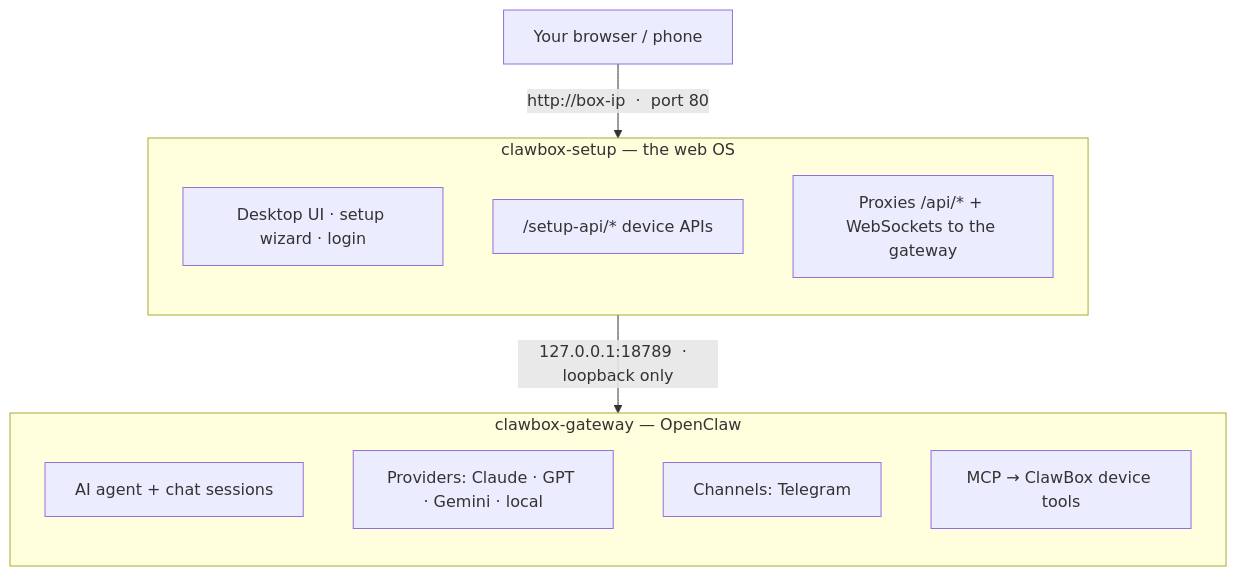
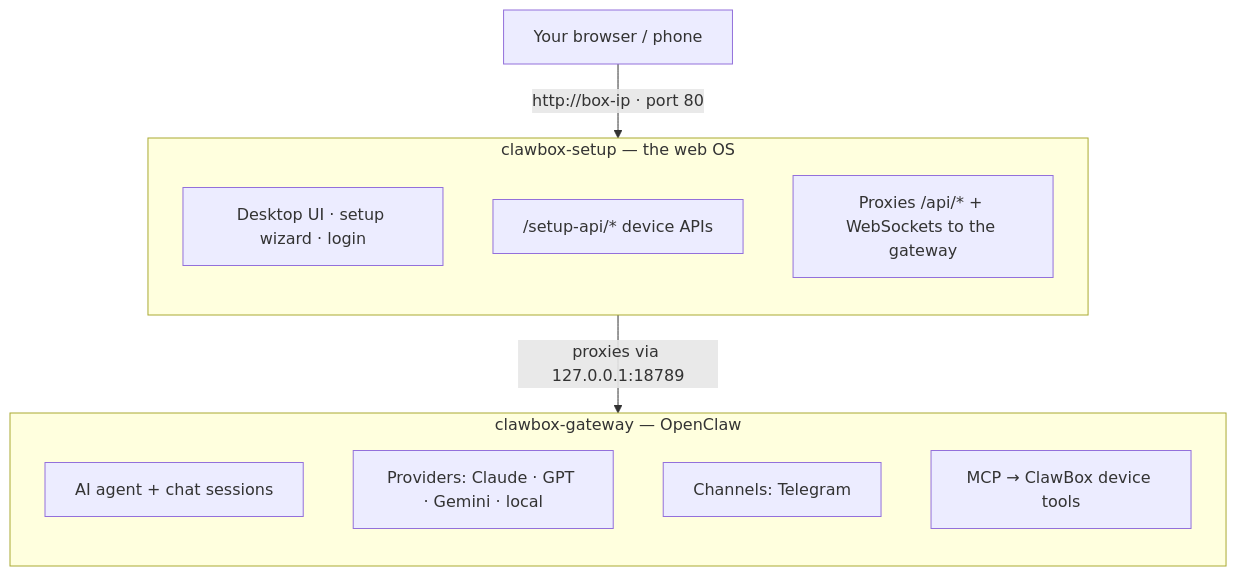
The diagram in docs-site/technical/architecture.mdx (ID-Robots/clawbox), drawn with Mermaid before and after one commit. The commit also changed other lines of this file and 14 other files, not shown here.

````diff
--- a/docs-site/technical/architecture.mdx
+++ b/docs-site/technical/architecture.mdx
@@ -11,19 +11,19 @@
 ```mermaid
 flowchart TB
     U["Your browser / phone"]
-    U -- "http://box-ip &nbsp;·&nbsp; port 80" --> S
+    U -- "http://box-ip · port 80" --> S
     subgraph S["clawbox-setup — the web OS"]
         direction TB
         s1["Desktop UI · setup wizard · login"]
         s2["/setup-api/* device APIs"]
         s3["Proxies /api/* + WebSockets to the gateway"]
     end
-    S -- "127.0.0.1:18789 &nbsp;·&nbsp; loopback only" --> G
+    S -- "proxies via 127.0.0.1:18789" --> G
     subgraph G["clawbox-gateway — OpenClaw"]
         direction TB
         g1["AI agent + chat sessions"]
         g2["Providers: Claude · GPT · Gemini · local"]
         g3["Channels: Telegram"]
         g4["MCP → ClawBox device tools"]
     end
 ```
````
